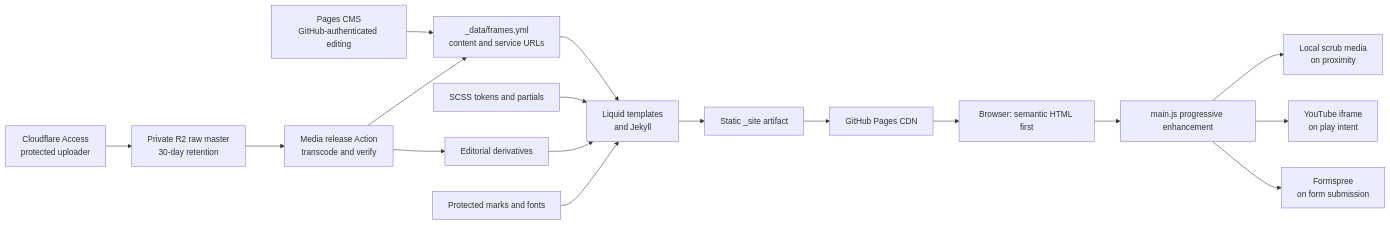
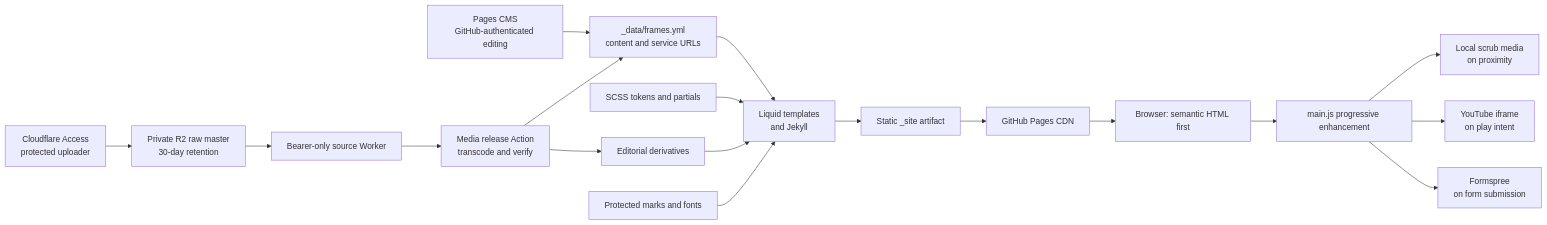
One commit to aindaco1/zema-landing changed the first of 2 diagrams in docs/ARCHITECTURE.md. Above: the diagram before and after it, drawn with Mermaid. The commit also changed other lines of this file and 15 other files, not shown here.

Commit message:
Separate protected media source delivery

````diff
--- a/docs/ARCHITECTURE.md
+++ b/docs/ARCHITECTURE.md
@@ -15,19 +15,20 @@
 ```mermaid
 flowchart LR
     CMS["Pages CMS\nGitHub-authenticated editing"] --> A["_data/frames.yml\ncontent and service URLs"]
     U["Cloudflare Access\nprotected uploader"] --> R2["Private R2 raw master\n30-day retention"]
-    R2 --> M["Media release Action\ntranscode and verify"]
+    R2 --> S["Bearer-only source Worker"]
+    S --> M["Media release Action\ntranscode and verify"]
     M --> A
     M --> D["Editorial derivatives"]
     A --> B["Liquid templates\nand Jekyll"]
     C["SCSS tokens and partials"] --> B
     D --> B
     FONTS["Protected marks and fonts"] --> B
     B --> E["Static _site artifact"]
     E --> F["GitHub Pages CDN"]
     F --> G["Browser: semantic HTML first"]
     G --> H["main.js progressive enhancement"]
     H --> I["Local scrub media\non proximity"]
     H --> J["YouTube iframe\non play intent"]
     H --> K["Formspree\non form submission"]
 ```
````
